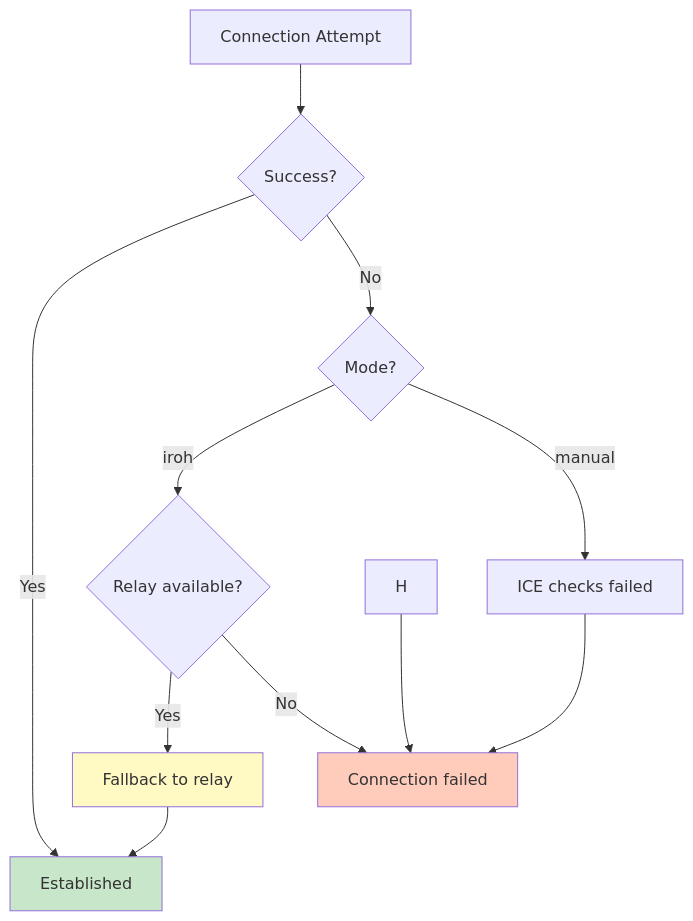
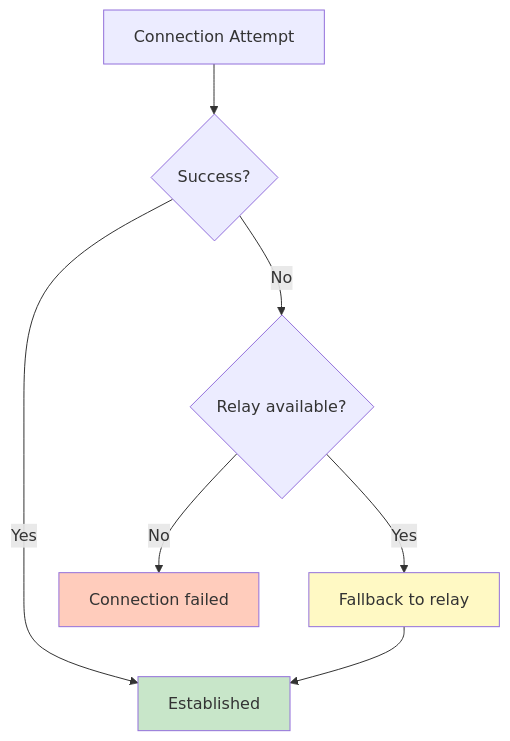
One commit to andrewtheguy/tunnel-rs changed diagram 22 of 22 in docs/ARCHITECTURE.md. Above: the diagram before and after it, drawn with Mermaid. The commit also changed other lines of this file and 54 other files, not shown here.

````diff
--- a/docs/ARCHITECTURE.md
+++ b/docs/ARCHITECTURE.md
@@ -979,20 +828,15 @@
 ```mermaid
 graph TB
     A[Connection Attempt] --> B{Success?}
     B -->|Yes| C[Established]
-    B -->|No| D{Mode?}
-    
-    D -->|iroh| E{Relay available?}
+    B -->|No| E{Relay available?}
+
     E -->|Yes| F[Fallback to relay]
     E -->|No| G[Connection failed]
 
-    D -->|manual| I[ICE checks failed]
-    
     F --> C
-    H --> G
-    I --> G
-    
+
     style C fill:#C8E6C9
     style F fill:#FFF9C4
     style G fill:#FFCCBC
 ```
````
